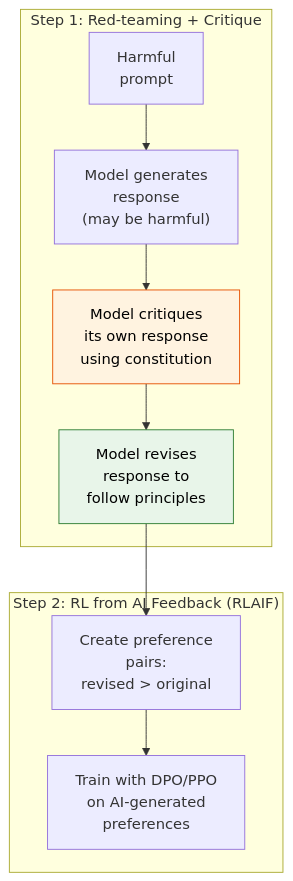
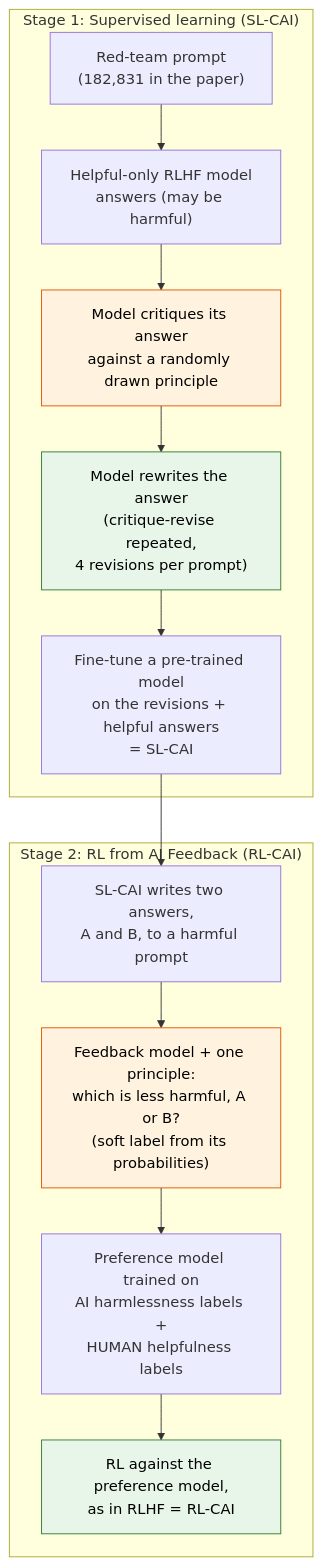
Before and after one commit to Hmago/ml4: diagram 15 of 26 in content/34b_google_top10_ml_interview_part2.md, drawn with Mermaid. The commit also changed other lines of this file and 59 other files, not shown here.

````diff
--- a/content/34b_google_top10_ml_interview_part2.md
+++ b/content/34b_google_top10_ml_interview_part2.md
@@ -1068,16 +1704,21 @@
 ```mermaid
 graph TD
-    subgraph "Step 1: Red-teaming + Critique"
-        PROMPT["Harmful<br/>prompt"] --> GEN["Model generates<br/>response<br/>(may be harmful)"]
-        GEN --> CRITIQUE["Model critiques<br/>its own response<br/>using constitution"]
-        CRITIQUE --> REVISE["Model revises<br/>response to<br/>follow principles"]
+    subgraph SL["Stage 1: Supervised learning (SL-CAI)"]
+        PROMPT["Red-team prompt<br/>(182,831 in the paper)"] --> GEN["Helpful-only RLHF model<br/>answers (may be harmful)"]
+        GEN --> CRITIQUE["Model critiques its answer<br/>against a randomly drawn principle"]
+        CRITIQUE --> REVISE["Model rewrites the answer<br/>(critique-revise repeated,<br/>4 revisions per prompt)"]
+        REVISE --> SLCAI["Fine-tune a pre-trained model<br/>on the revisions + helpful answers<br/>= SL-CAI"]
     end
 
-    subgraph "Step 2: RL from AI Feedback (RLAIF)"
-        REVISE --> PAIRS["Create preference<br/>pairs:<br/>revised > original"]
-        PAIRS --> TRAIN["Train with DPO/PPO<br/>on AI-generated<br/>preferences"]
+    subgraph RL["Stage 2: RL from AI Feedback (RL-CAI)"]
+        SLCAI --> PAIRS["SL-CAI writes two answers,<br/>A and B, to a harmful prompt"]
+        PAIRS --> JUDGE["Feedback model + one principle:<br/>which is less harmful, A or B?<br/>(soft label from its probabilities)"]
+        JUDGE --> PM["Preference model trained on<br/>AI harmlessness labels +<br/>HUMAN helpfulness labels"]
+        PM --> RLSTEP["RL against the preference model,<br/>as in RLHF = RL-CAI"]
     end
 
     style CRITIQUE fill:#fff3e0,stroke:#e65100,color:#000
     style REVISE fill:#e8f5e9,stroke:#2e7d32,color:#000
+    style JUDGE fill:#fff3e0,stroke:#e65100,color:#000
+    style RLSTEP fill:#e8f5e9,stroke:#2e7d32,color:#000
 ```
````
